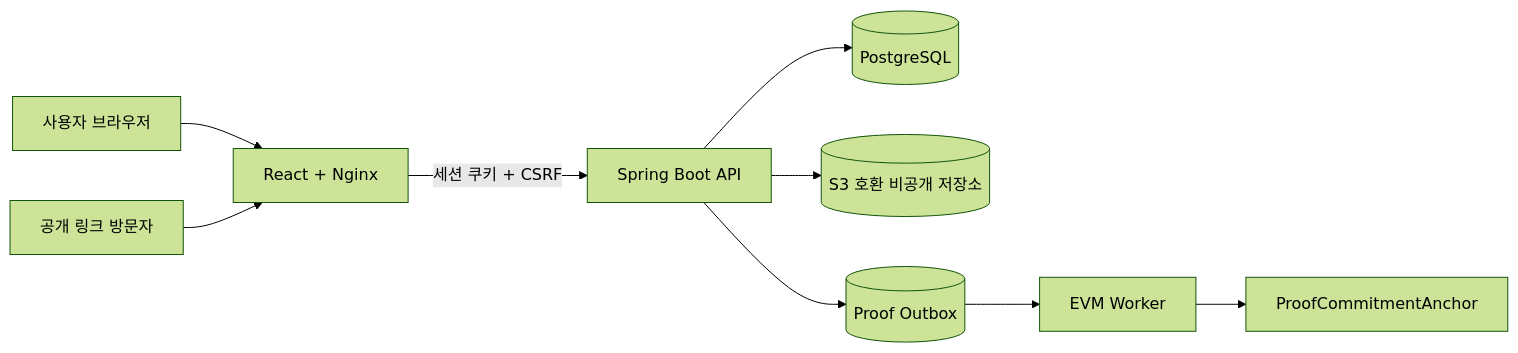
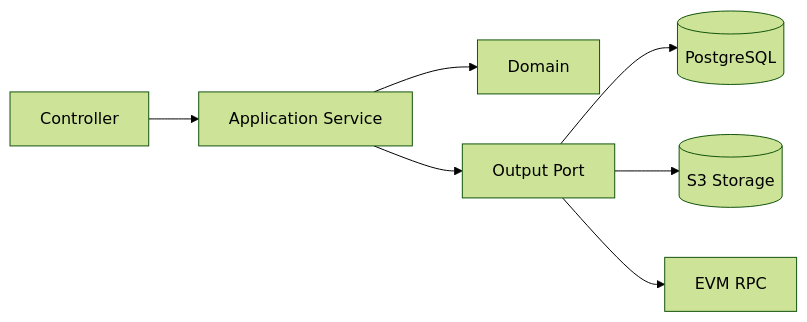
One commit to naesan-project/naesan-backend changed the first of 2 diagrams in README.md. Above: the diagram before and after it, drawn with Mermaid (forest theme). The commit also changed other lines of this file and 1 other file, not shown here.

````diff
--- a/README.md
+++ b/README.md
@@ -42,11 +23,9 @@
 ```mermaid
 flowchart LR
-    U[사용자 브라우저] --> N[React + Nginx]
-    N -->|세션 쿠키 + CSRF| A[Spring Boot API]
-    A --> DB[(PostgreSQL)]
-    A --> S3[(S3 호환 비공개 저장소)]
-    A --> O[(Proof Outbox)]
-    O --> W[EVM Worker]
-    W --> C[ProofCommitmentAnchor]
-    P[공개 링크 방문자] --> N
+    C[Controller] --> A[Application Service]
+    A --> D[Domain]
+    A --> OP[Output Port]
+    OP --> DB[(PostgreSQL)]
+    OP --> S3[(S3 Storage)]
+    OP --> EVM[EVM RPC]
 ```
````
